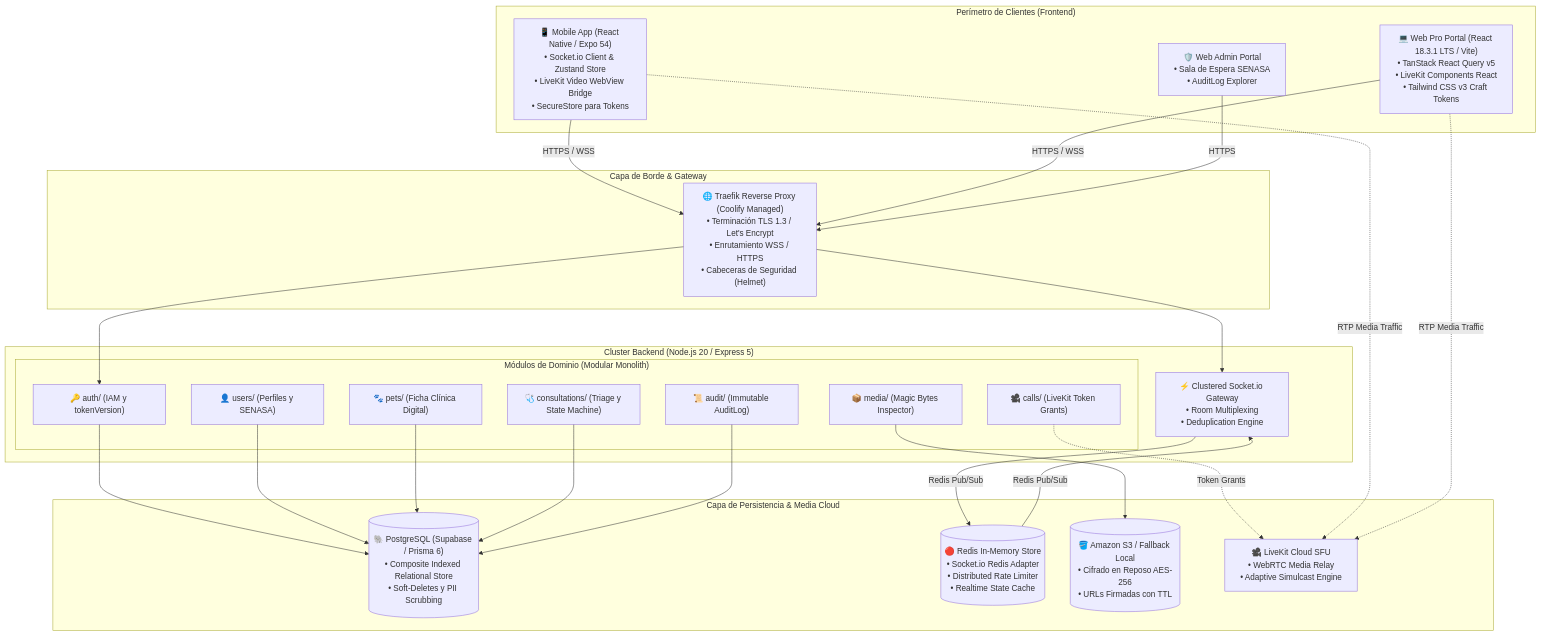
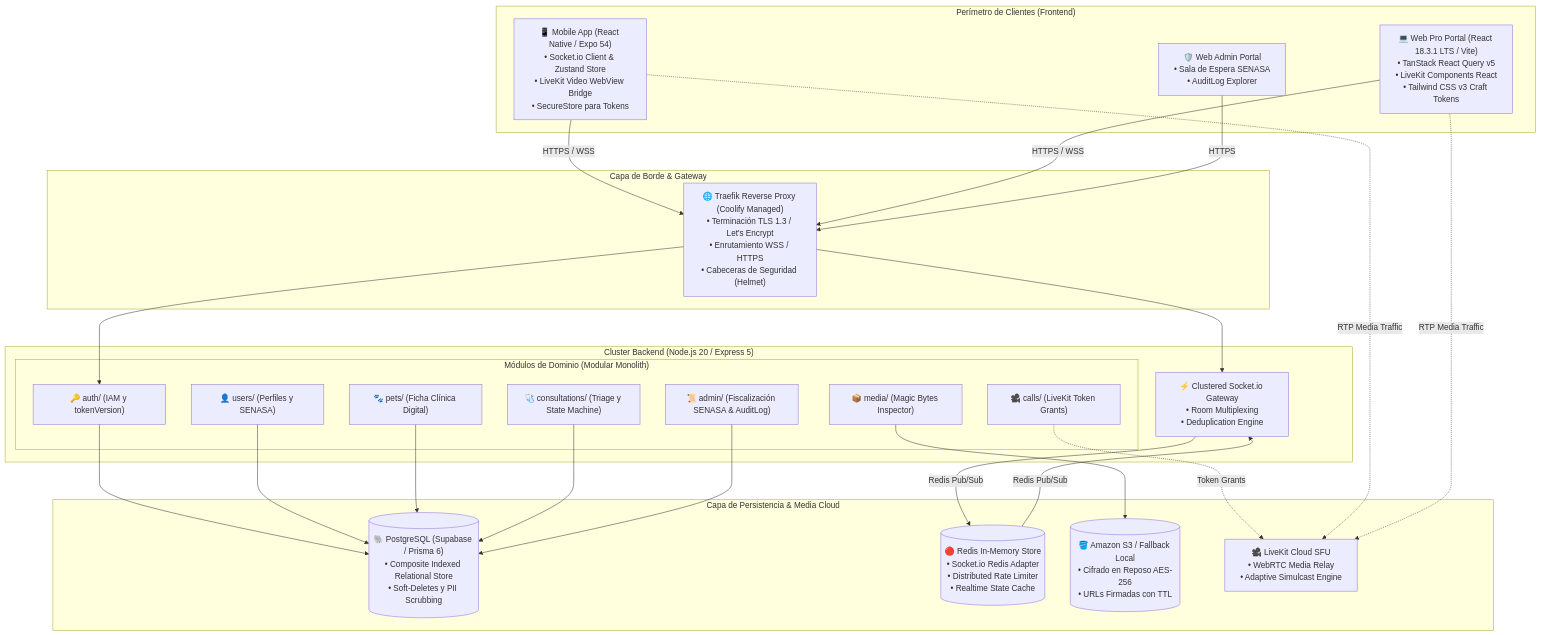
One commit to grupo-pinnacle/VetConnect changed the first of 4 diagrams in docs/SPEC.md. Above: the diagram before and after it, drawn with Mermaid. The commit also changed 5 other files, not shown here.

````diff
--- a/docs/SPEC.md
+++ b/docs/SPEC.md
@@ -28,54 +28,54 @@
 ```mermaid
 flowchart TB
     subgraph Clients["Perímetro de Clientes (Frontend)"]
         Mobile["📱 Mobile App (React Native / Expo 54)<br/>• Socket.io Client & Zustand Store<br/>• LiveKit Video WebView Bridge<br/>• SecureStore para Tokens"]
         WebPro["💻 Web Pro Portal (React 18.3.1 LTS / Vite)<br/>• TanStack React Query v5<br/>• LiveKit Components React<br/>• Tailwind CSS v3 Craft Tokens"]
         WebAdmin["🛡️ Web Admin Portal<br/>• Sala de Espera SENASA<br/>• AuditLog Explorer"]
     end
 
     subgraph Edge["Capa de Borde & Gateway"]
         Traefik["🌐 Traefik Reverse Proxy (Coolify Managed)<br/>• Terminación TLS 1.3 / Let's Encrypt<br/>• Enrutamiento WSS / HTTPS<br/>• Cabeceras de Seguridad (Helmet)"]
     end
 
     subgraph BackendCluster["Cluster Backend (Node.js 20 / Express 5)"]
         subgraph Modules["Módulos de Dominio (Modular Monolith)"]
             AuthMod["🔑 auth/ (IAM y tokenVersion)"]
             UserMod["👤 users/ (Perfiles y SENASA)"]
             PetMod["🐾 pets/ (Ficha Clínica Digital)"]
             ConsultMod["🩺 consultations/ (Triage y State Machine)"]
             CallMod["🎥 calls/ (LiveKit Token Grants)"]
             MediaMod["📦 media/ (Magic Bytes Inspector)"]
-            AuditMod["📜 audit/ (Immutable AuditLog)"]
+            AdminMod["📜 admin/ (Fiscalización SENASA & AuditLog)"]
         end
         SocketGateway["⚡ Clustered Socket.io Gateway<br/>• Room Multiplexing<br/>• Deduplication Engine"]
     end
 
     subgraph PersistenceServices["Capa de Persistencia & Media Cloud"]
         Postgres[("🐘 PostgreSQL (Supabase / Prisma 6)<br/>• Composite Indexed Relational Store<br/>• Soft-Deletes y PII Scrubbing")]
         RedisStore[("🔴 Redis In-Memory Store<br/>• Socket.io Redis Adapter<br/>• Distributed Rate Limiter<br/>• Realtime State Cache")]
         S3Storage[("🪣 Amazon S3 / Fallback Local<br/>• Cifrado en Reposo AES-256<br/>• URLs Firmadas con TTL")]
         LiveKitServer["🎥 LiveKit Cloud SFU<br/>• WebRTC Media Relay<br/>• Adaptive Simulcast Engine"]
     end
 
     Mobile -->|HTTPS / WSS| Traefik
     WebPro -->|HTTPS / WSS| Traefik
     WebAdmin -->|HTTPS| Traefik
 
     Traefik --> AuthMod
     Traefik --> SocketGateway
 
     AuthMod --> Postgres
     UserMod --> Postgres
     PetMod --> Postgres
     ConsultMod --> Postgres
-    AuditMod --> Postgres
+    AdminMod --> Postgres
 
     MediaMod --> S3Storage
 
     SocketGateway -->|Redis Pub/Sub| RedisStore
     RedisStore -->|Redis Pub/Sub| SocketGateway
 
     CallMod -.->|Token Grants| LiveKitServer
     Mobile -.->|RTP Media Traffic| LiveKitServer
     WebPro -.->|RTP Media Traffic| LiveKitServer
 ```
````
